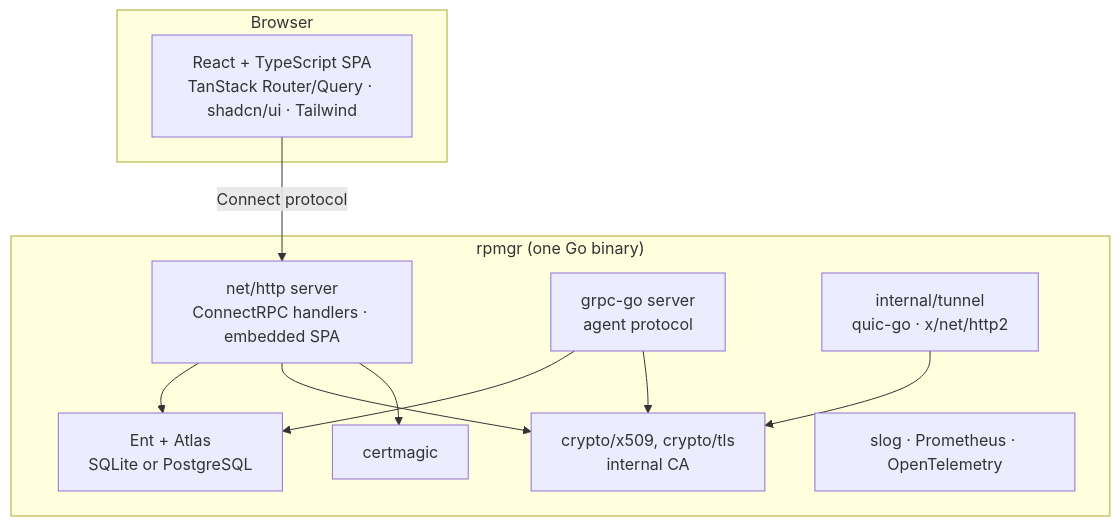
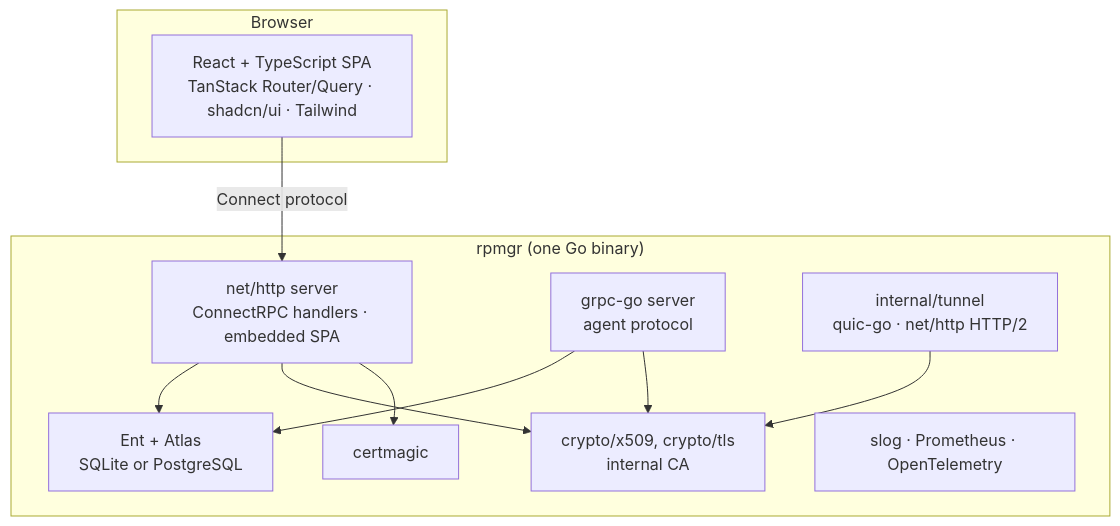
One commit to felix-homelab/rpmgr changed the diagram in docs/08-software-stack.md. Above: the diagram before and after it, drawn with Mermaid. The commit also changed other lines of this file and 4 other files, not shown here.

````diff
--- a/docs/08-software-stack.md
+++ b/docs/08-software-stack.md
@@ -12,22 +12,22 @@
 ```mermaid
 flowchart TB
   subgraph Browser
     SPA[React + TypeScript SPA<br/>TanStack Router/Query · shadcn/ui · Tailwind]
   end
   subgraph rpmgr["rpmgr (one Go binary)"]
     HTTP[net/http server<br/>ConnectRPC handlers · embedded SPA]
     AGT[grpc-go server<br/>agent protocol]
     STORE[Ent + Atlas<br/>SQLite or PostgreSQL]
     PKI[crypto/x509, crypto/tls<br/>internal CA]
     ACME[certmagic]
-    TUN[internal/tunnel<br/>quic-go · x/net/http2]
+    TUN[internal/tunnel<br/>quic-go · net/http HTTP/2]
     OBS[slog · Prometheus · OpenTelemetry]
   end
   SPA -->|Connect protocol| HTTP
   HTTP --> STORE
   HTTP --> PKI
   HTTP --> ACME
   AGT --> STORE
   AGT --> PKI
   TUN --> PKI
 ```
````
